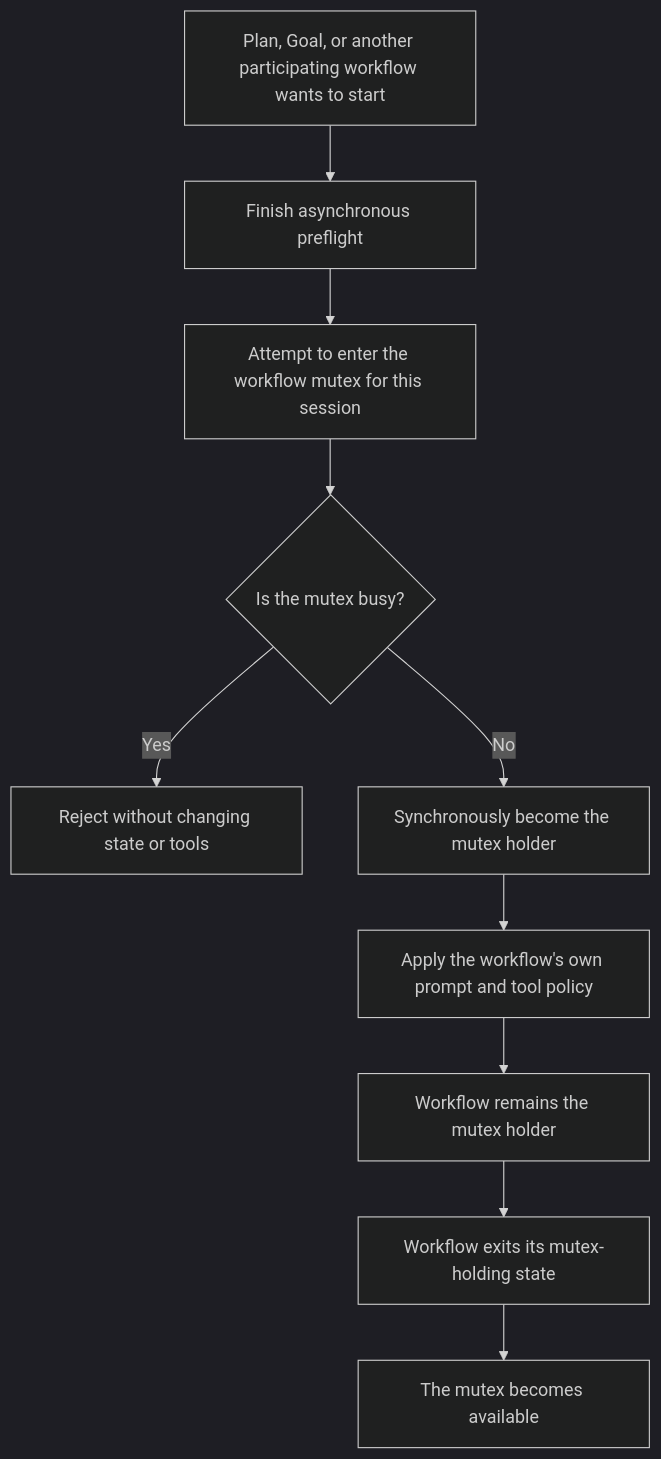
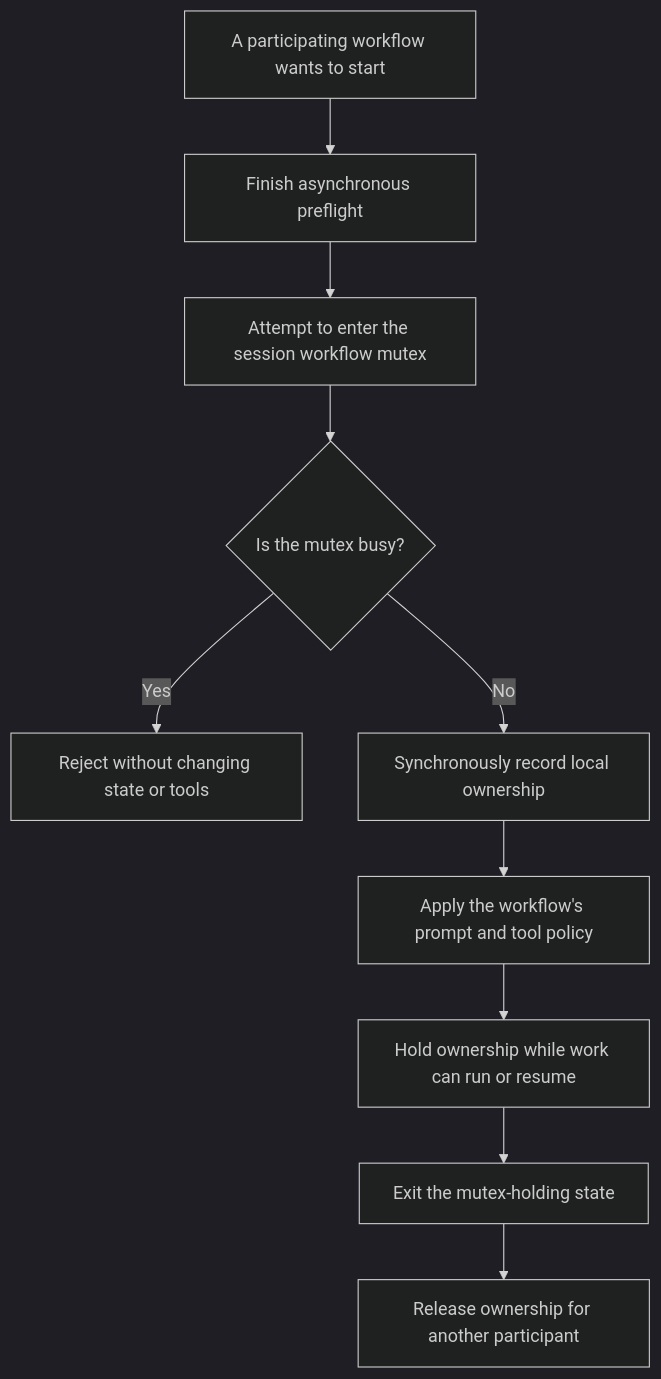
The diagram in docs/roadmaps/2026-08-22_pi-plan-goal-coexistence-roadmap.md (HangxiangMa/pi-extensions), drawn with Mermaid (dark theme) before and after one commit. The commit also changed other lines of this file, not shown here.

Commit message:
docs: update plan and goal coexistence roadmap

````diff
--- a/docs/roadmaps/2026-08-22_pi-plan-goal-coexistence-roadmap.md
+++ b/docs/roadmaps/2026-08-22_pi-plan-goal-coexistence-roadmap.md
@@ -49,12 +39,12 @@
 ```mermaid
 flowchart TD
-    A["Plan, Goal, or another participating workflow wants to start"] --> B["Finish asynchronous preflight"]
-    B --> C["Attempt to enter the workflow mutex for this session"]
+    A["A participating workflow wants to start"] --> B["Finish asynchronous preflight"]
+    B --> C["Attempt to enter the session workflow mutex"]
     C --> D{"Is the mutex busy?"}
     D -->|"Yes"| E["Reject without changing state or tools"]
-    D -->|"No"| F["Synchronously become the mutex holder"]
-    F --> G["Apply the workflow's own prompt and tool policy"]
-    G --> H["Workflow remains the mutex holder"]
-    H --> I["Workflow exits its mutex-holding state"]
-    I --> J["The mutex becomes available"]
+    D -->|"No"| F["Synchronously record local ownership"]
+    F --> G["Apply the workflow's prompt and tool policy"]
+    G --> H["Hold ownership while work can run or resume"]
+    H --> I["Exit the mutex-holding state"]
+    I --> J["Release ownership for another participant"]
 ```
````
